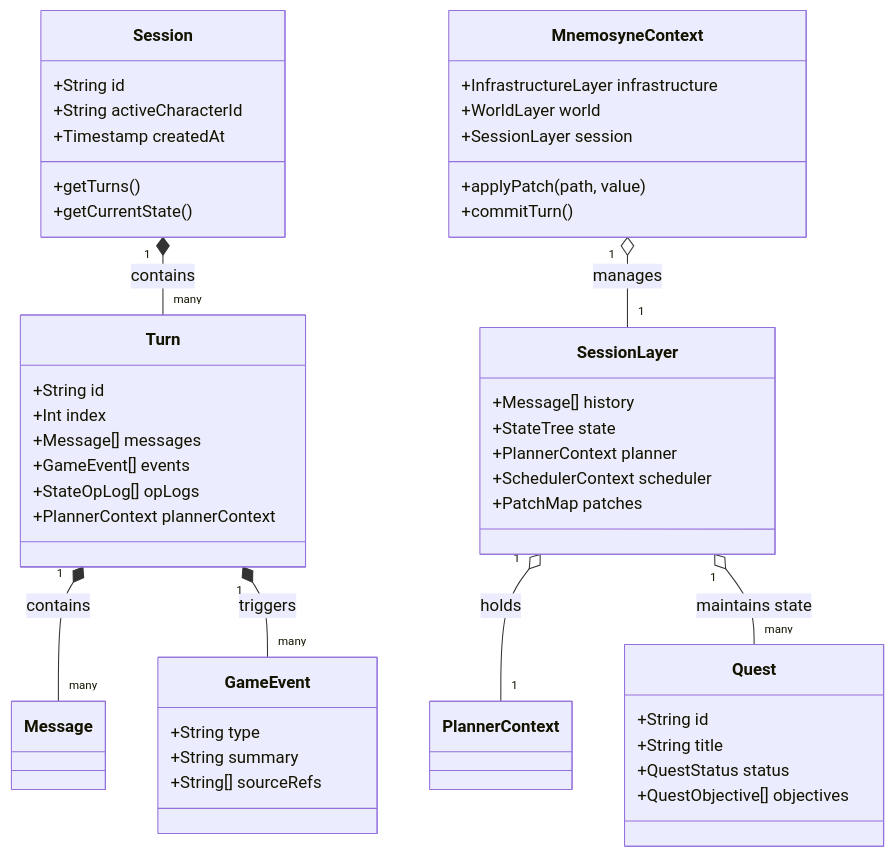
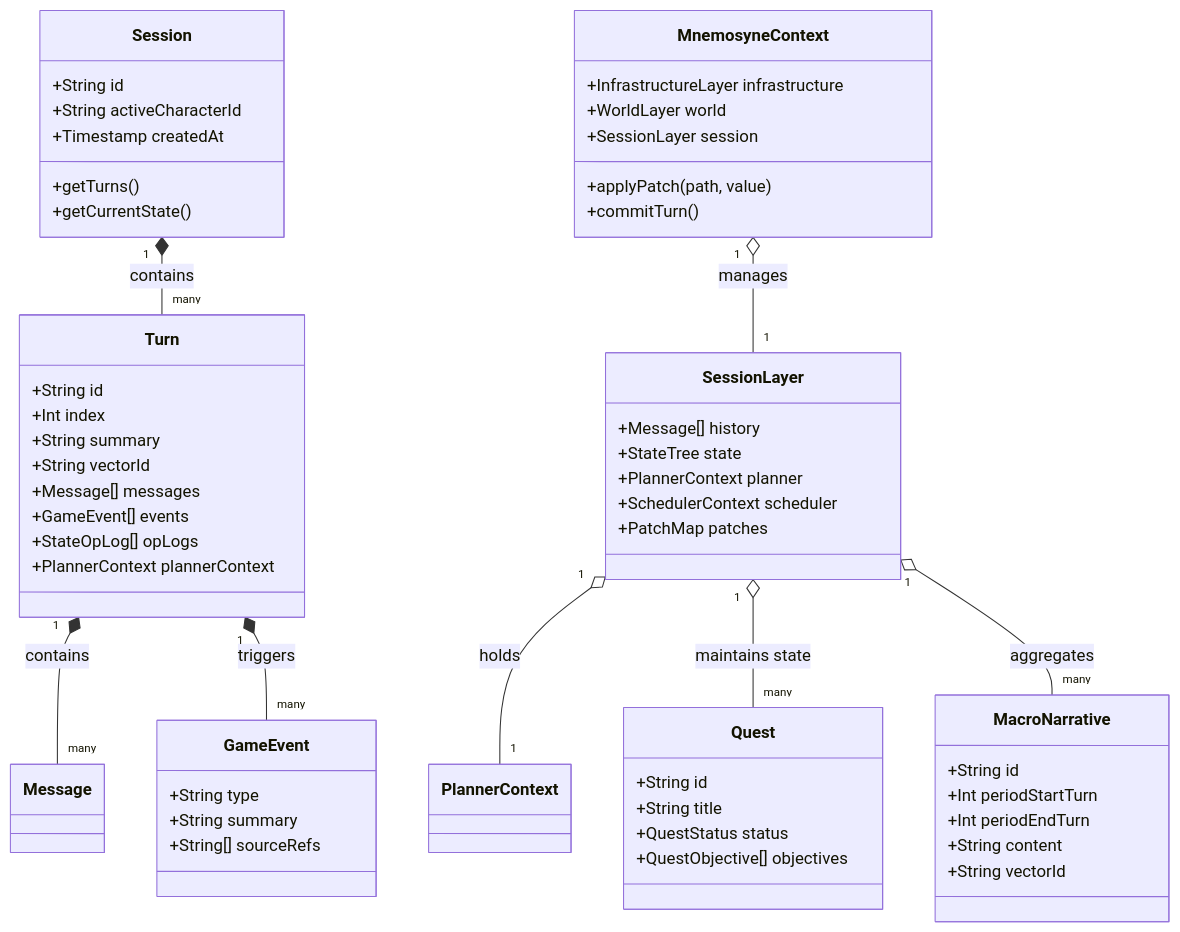
The second of 2 diagrams in 00_active_specs/mnemosyne/abstract-data-structures.md (Abgetrennter/Clotho-Design), drawn with Mermaid before and after one commit. The commit also changed other lines of this file and 5 other files, not shown here.

````diff
--- a/00_active_specs/mnemosyne/abstract-data-structures.md
+++ b/00_active_specs/mnemosyne/abstract-data-structures.md
@@ -477,56 +524,67 @@
 ```mermaid
 classDiagram
     class Session {
         +String id
         +String activeCharacterId
         +Timestamp createdAt
         +getTurns()
         +getCurrentState()
     }
 
     class Turn {
         +String id
         +Int index
+        +String summary
+        +String vectorId
         +Message[] messages
         +GameEvent[] events
         +StateOpLog[] opLogs
         +PlannerContext plannerContext
     }
 
     class MnemosyneContext {
         +InfrastructureLayer infrastructure
         +WorldLayer world
         +SessionLayer session
         +applyPatch(path, value)
         +commitTurn()
     }
 
     class SessionLayer {
         +Message[] history
         +StateTree state
         +PlannerContext planner
         +SchedulerContext scheduler
         +PatchMap patches
     }
     
     class GameEvent {
         +String type
         +String summary
         +String[] sourceRefs
     }
 
+    class MacroNarrative {
+        +String id
+        +Int periodStartTurn
+        +Int periodEndTurn
+        +String content
+        +String vectorId
+    }
+
     class Quest {
         +String id
         +String title
         +QuestStatus status
         +QuestObjective[] objectives
     }
 
     Session "1" *-- "many" Turn : contains
     Turn "1" *-- "many" Message : contains
     Turn "1" *-- "many" GameEvent : triggers
     
     MnemosyneContext "1" o-- "1" SessionLayer : manages
     SessionLayer "1" o-- "1" PlannerContext : holds
     SessionLayer "1" o-- "many" Quest : maintains state
+    SessionLayer "1" o-- "many" MacroNarrative : aggregates
 ```
````
